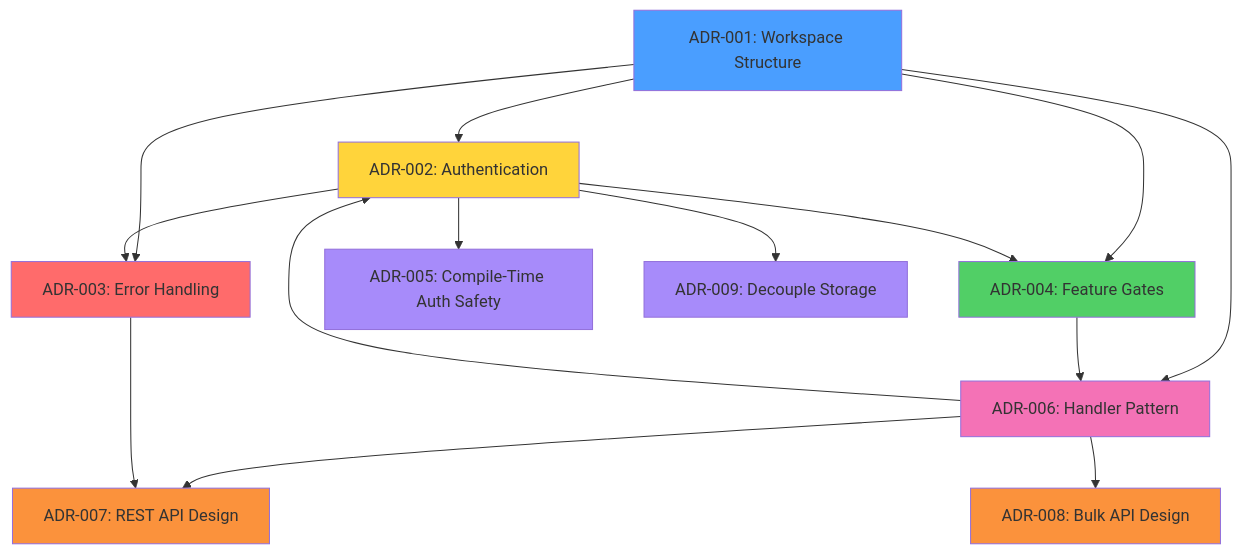
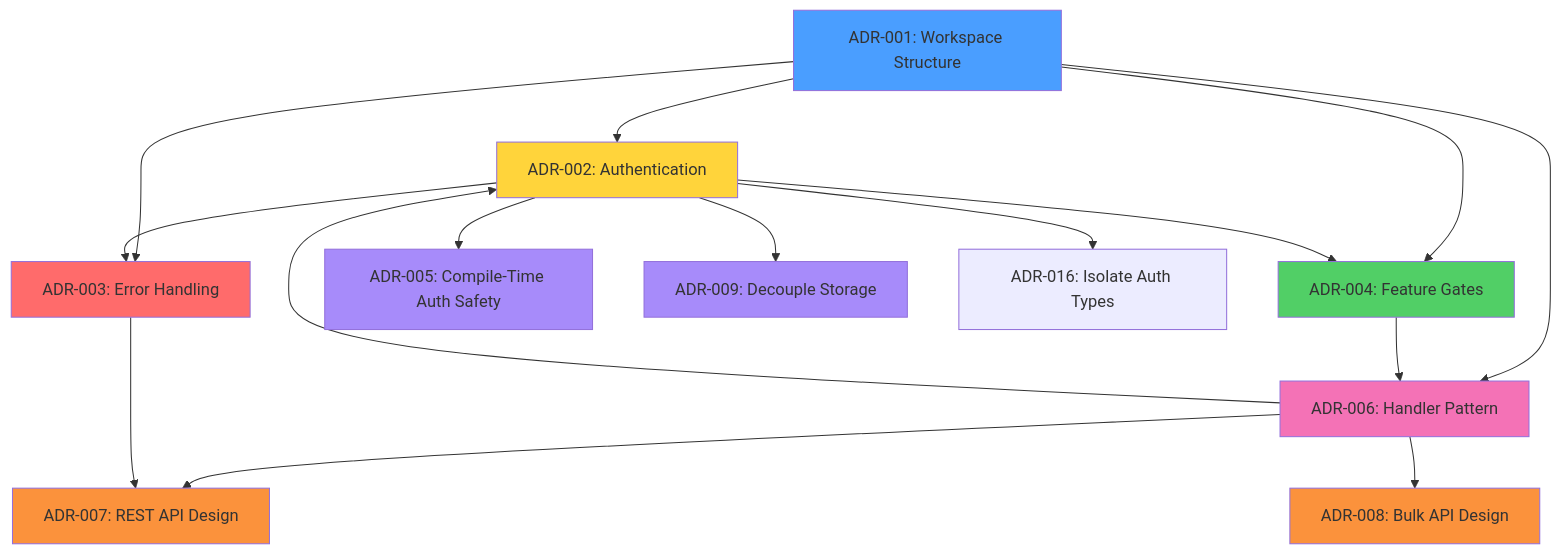
One commit to madmax983/force-rs changed the diagram in docs/adr/README.md. Above: the diagram before and after it, drawn with Mermaid. The commit also changed other lines of this file and 2 other files, not shown here.

First line of the commit message:
docs: Accept ADR-016 and update architecture diagrams

````diff
--- a/docs/adr/README.md
+++ b/docs/adr/README.md
@@ -73,29 +73,30 @@
 ```mermaid
 graph TD
     ADR001[ADR-001: Workspace Structure] --> ADR002[ADR-002: Authentication]
     ADR001 --> ADR003[ADR-003: Error Handling]
     ADR001 --> ADR004[ADR-004: Feature Gates]
     ADR001 --> ADR006[ADR-006: Handler Pattern]
 
     ADR002 --> ADR003
     ADR002 --> ADR004
     ADR002 --> ADR005[ADR-005: Compile-Time Auth Safety]
 
     ADR004 --> ADR006
     ADR006 --> ADR002
     ADR006 --> ADR007[ADR-007: REST API Design]
     ADR006 --> ADR008[ADR-008: Bulk API Design]
     ADR003 --> ADR007
 
     ADR002 --> ADR009[ADR-009: Decouple Storage]
+    ADR002 --> ADR016[ADR-016: Isolate Auth Types]
 
     style ADR001 fill:#4a9eff
     style ADR002 fill:#ffd43b
     style ADR003 fill:#ff6b6b
     style ADR004 fill:#51cf66
     style ADR005 fill:#a78bfa
     style ADR006 fill:#f472b6
     style ADR007 fill:#fb923c
     style ADR008 fill:#fb923c
     style ADR009 fill:#a78bfa
 ```
````
